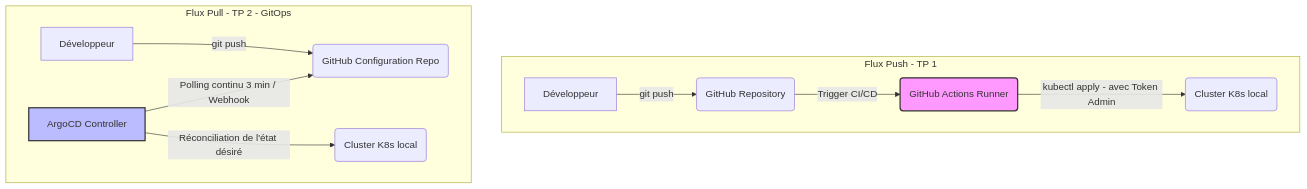
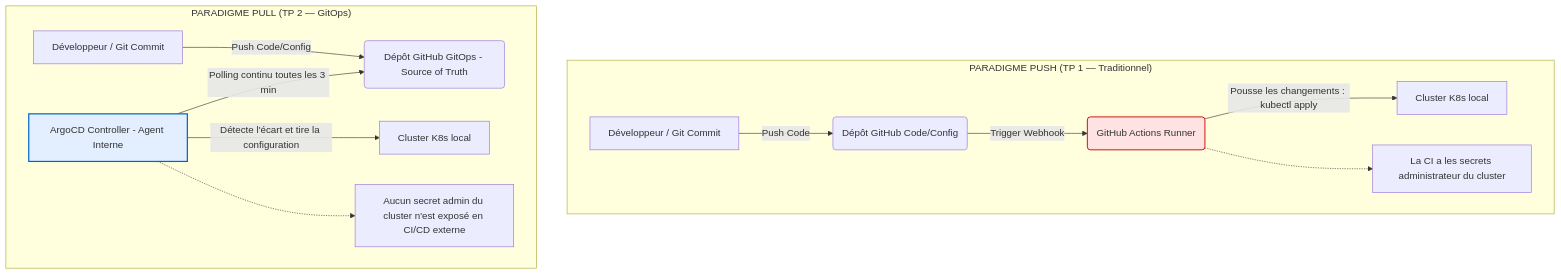
One commit to alexisprk/tp-argocd changed the diagram in RAPPORT.md. Above: the diagram before and after it, drawn with Mermaid. The commit also changed other lines of this file and 2 other files, not shown here.

Commit message:
docs: mise a jour du rapport avec uniquement les livrables demandes et activation des metriques

````diff
--- a/RAPPORT.md
+++ b/RAPPORT.md
@@ -39,17 +35,21 @@
 ```mermaid
 graph TD
-    subgraph Flux Push - TP 1
-        A[Développeur] -->|git push| B(GitHub Repository)
-        B -->|Trigger CI/CD| C(GitHub Actions Runner)
-        C -->|kubectl apply - avec Token Admin| D(Cluster K8s local)
+    subgraph "PARADIGME PUSH (TP 1 — Traditionnel)"
+        A[Développeur / Git Commit] -->|Push Code| B(Dépôt GitHub Code/Config)
+        B -->|Trigger Webhook| C(GitHub Actions Runner)
+        C -->|Pousse les changements : kubectl apply| D[Cluster K8s local]
+        note1[La CI a les secrets administrateur du cluster]
+        C -.-> note1
     end
 
-    subgraph Flux Pull - TP 2 - GitOps
-        E[Développeur] -->|git push| F(GitHub Configuration Repo)
-        G[ArgoCD Controller] -->|Polling continu 3 min / Webhook| F
-        G -->|Réconciliation de l'état désiré| H(Cluster K8s local)
+    subgraph "PARADIGME PULL (TP 2 — GitOps)"
+        E[Développeur / Git Commit] -->|Push Code/Config| F(Dépôt GitHub GitOps - Source of Truth)
+        H[ArgoCD Controller - Agent Interne] -->|Polling continu toutes les 3 min| F
+        H -->|Détecte l'écart et tire la configuration| G[Cluster K8s local]
+        note2[Aucun secret admin du cluster n'est exposé en CI/CD externe]
+        H -.-> note2
     end
-    
-    style C fill:#f9f,stroke:#333,stroke-width:2px
-    style G fill:#bbf,stroke:#333,stroke-width:2px
+
+    style C fill:#ffe3e3,stroke:#cc0000,stroke-width:1.5px
+    style H fill:#e3efff,stroke:#0066cc,stroke-width:2px
 ```
````
